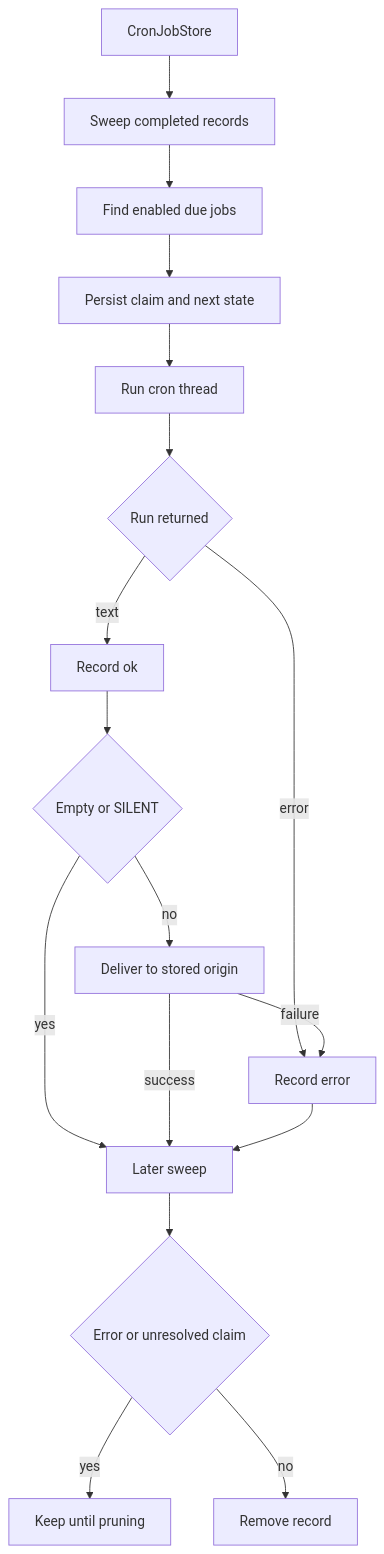
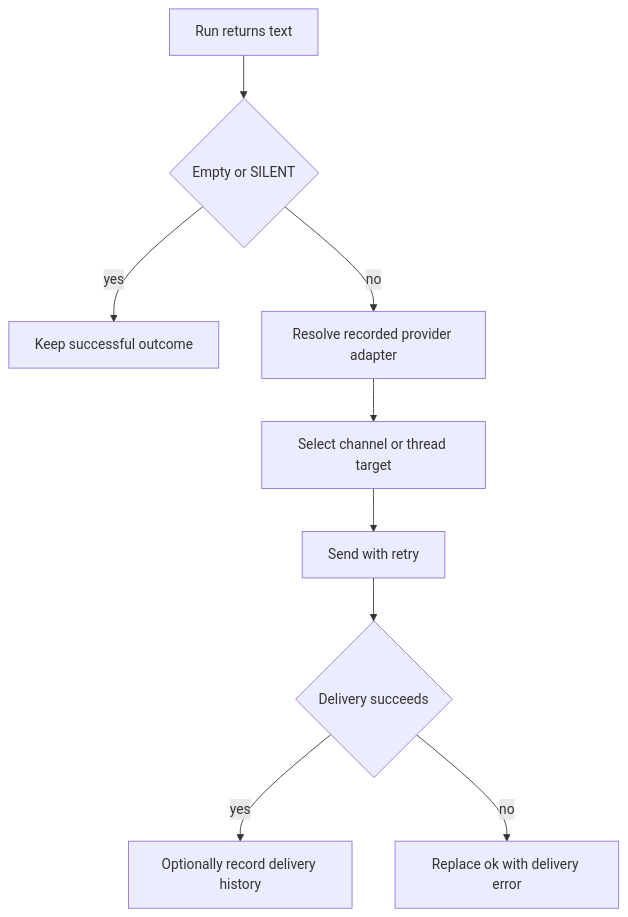
The third of 3 diagrams in openwiki/concepts/talon-scheduling.md (langchain-ai/deepagents), drawn with Mermaid before and after one commit. The commit also changed other lines of this file and 34 other files, not shown here.

````diff
--- a/openwiki/concepts/talon-scheduling.md
+++ b/openwiki/concepts/talon-scheduling.md
@@ -82,19 +113,11 @@
 ```mermaid
 flowchart TD
-    Store["CronJobStore"] --> Sweep["Sweep completed records"]
-    Sweep --> Due["Find enabled due jobs"]
-    Due --> Claim["Persist claim and next state"]
-    Claim --> Run["Run cron thread"]
-    Run --> Outcome{"Run returned"}
-    Outcome -->|"error"| Failed["Record error"]
-    Outcome -->|"text"| Ok["Record ok"]
-    Ok --> Quiet{"Empty or SILENT"}
-    Quiet -->|"yes"| Retain["Later sweep"]
-    Quiet -->|"no"| Deliver["Deliver to stored origin"]
-    Deliver -->|"failure"| Failed
-    Deliver -->|"success"| Retain
-    Failed --> Retain
-    Retain --> Inspect{"Error or unresolved claim"}
-    Inspect -->|"yes"| Keep["Keep until pruning"]
-    Inspect -->|"no"| Remove["Remove record"]
+    Text["Run returns text"] --> Silent{"Empty or SILENT"}
+    Silent -->|"yes"| Suppress["Keep successful outcome"]
+    Silent -->|"no"| Adapter["Resolve recorded provider adapter"]
+    Adapter --> Target["Select channel or thread target"]
+    Target --> Send["Send with retry"]
+    Send --> Sent{"Delivery succeeds"}
+    Sent -->|"yes"| History["Optionally record delivery history"]
+    Sent -->|"no"| Error["Replace ok with delivery error"]
 ```
````
